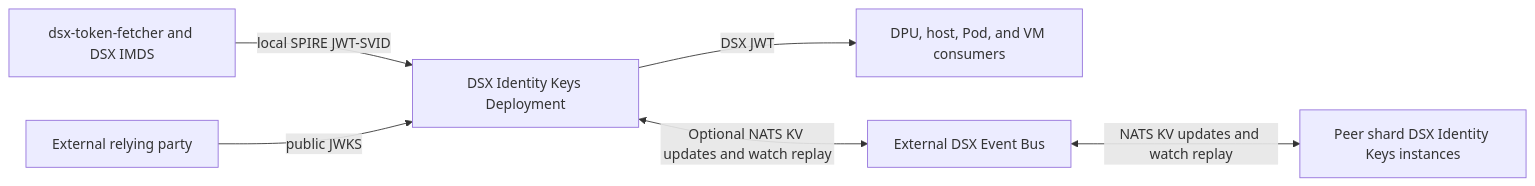
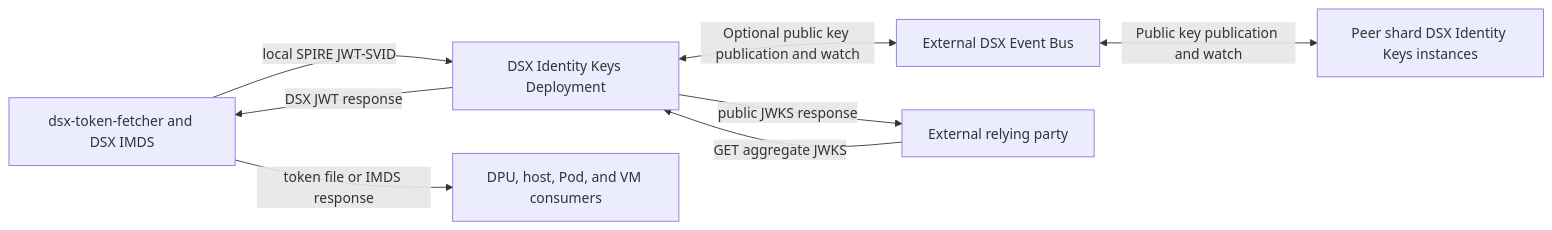
One commit to dsx-ai-factory/nvidia-workload-identity changed the fifth of 5 diagrams in README.md. Above: the diagram before and after it, drawn with Mermaid. The commit also changed other lines of this file and 1 other file, not shown here.

Commit message:
fix(NO-REF): correct README identity diagrams

````diff
--- a/README.md
+++ b/README.md
@@ -362,12 +407,14 @@
 ```mermaid
 flowchart LR
   Local["dsx-token-fetcher and DSX IMDS"]
   IdentityKeys["DSX Identity Keys Deployment"]
   Consumers["DPU, host, Pod, and VM consumers"]
 
   Local -->|"local SPIRE JWT-SVID"| IdentityKeys
-  IdentityKeys -->|"DSX JWT"| Consumers
-  IdentityKeys <-->|"Optional NATS KV updates and watch replay"| Bus["External DSX Event Bus"]
-  Bus <-->|"NATS KV updates and watch replay"| Peers["Peer shard DSX Identity Keys instances"]
-  RelyingParty["External relying party"] -->|"public JWKS"| IdentityKeys
+  IdentityKeys -->|"DSX JWT response"| Local
+  Local -->|"token file or IMDS response"| Consumers
+  IdentityKeys <-->|"Optional public key publication and watch"| Bus["External DSX Event Bus"]
+  Bus <-->|"Public key publication and watch"| Peers["Peer shard DSX Identity Keys instances"]
+  RelyingParty["External relying party"] -->|"GET aggregate JWKS"| IdentityKeys
+  IdentityKeys -->|"public JWKS response"| RelyingParty
 ```
````
